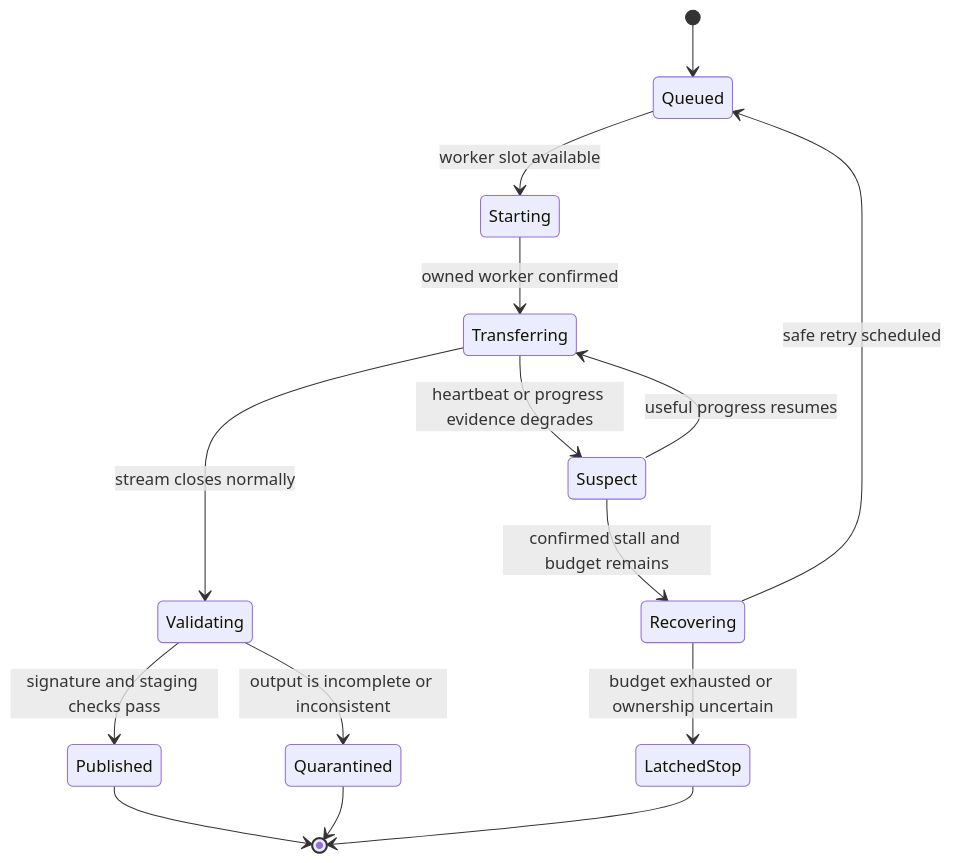
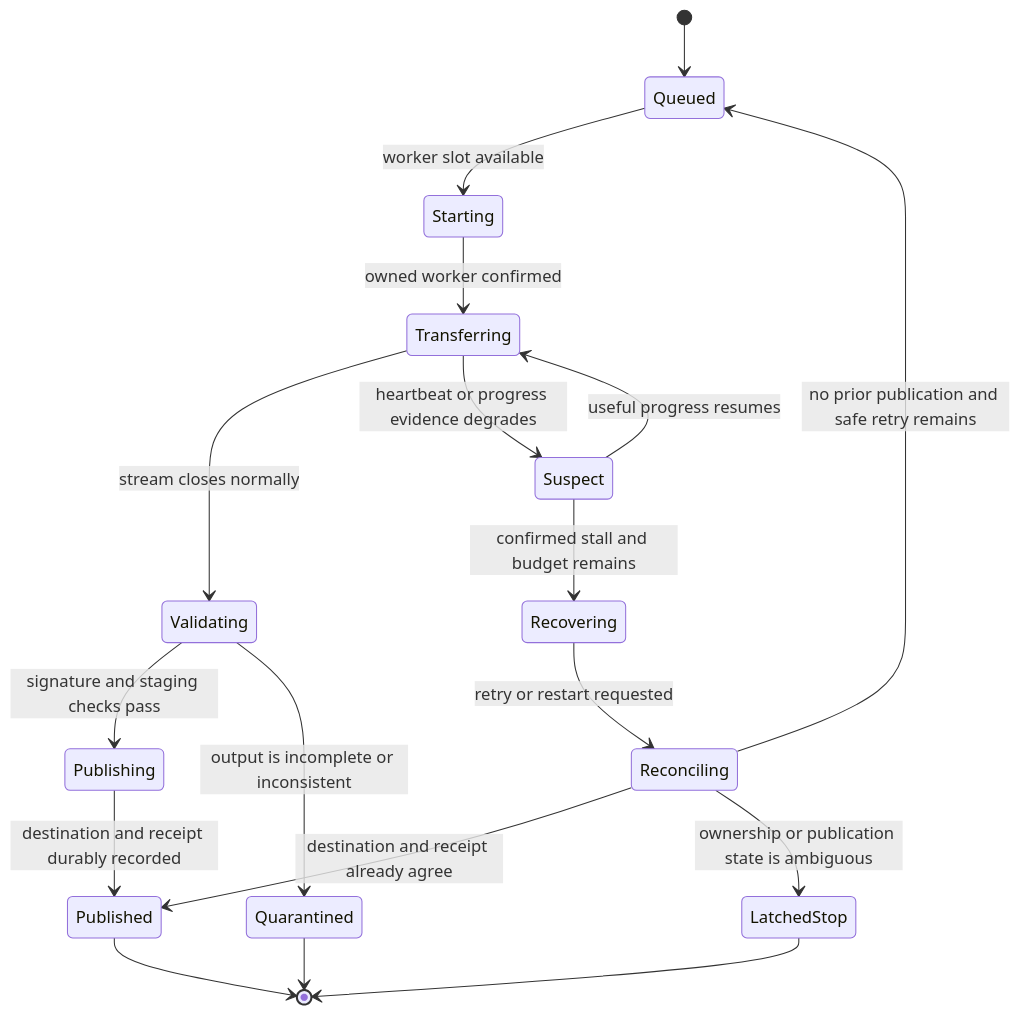
Before and after one commit to Jnapier2/automation-reliability-case-studies: the diagram in docs/authorized-media-transfer-resilience.md, drawn with Mermaid. The commit also changed other lines of this file, not shown here.

Commit message:
Require publication receipts before media queue retry

````diff
--- a/docs/authorized-media-transfer-resilience.md
+++ b/docs/authorized-media-transfer-resilience.md
@@ -45,17 +54,20 @@
 ```mermaid
 stateDiagram-v2
     [*] --> Queued
     Queued --> Starting: worker slot available
     Starting --> Transferring: owned worker confirmed
     Transferring --> Validating: stream closes normally
     Transferring --> Suspect: heartbeat or progress evidence degrades
     Suspect --> Transferring: useful progress resumes
     Suspect --> Recovering: confirmed stall and budget remains
-    Recovering --> Queued: safe retry scheduled
-    Recovering --> LatchedStop: budget exhausted or ownership uncertain
-    Validating --> Published: signature and staging checks pass
+    Recovering --> Reconciling: retry or restart requested
+    Reconciling --> Published: destination and receipt already agree
+    Reconciling --> Queued: no prior publication and safe retry remains
+    Reconciling --> LatchedStop: ownership or publication state is ambiguous
+    Validating --> Publishing: signature and staging checks pass
     Validating --> Quarantined: output is incomplete or inconsistent
+    Publishing --> Published: destination and receipt durably recorded
     Published --> [*]
     Quarantined --> [*]
     LatchedStop --> [*]
 ```
````
